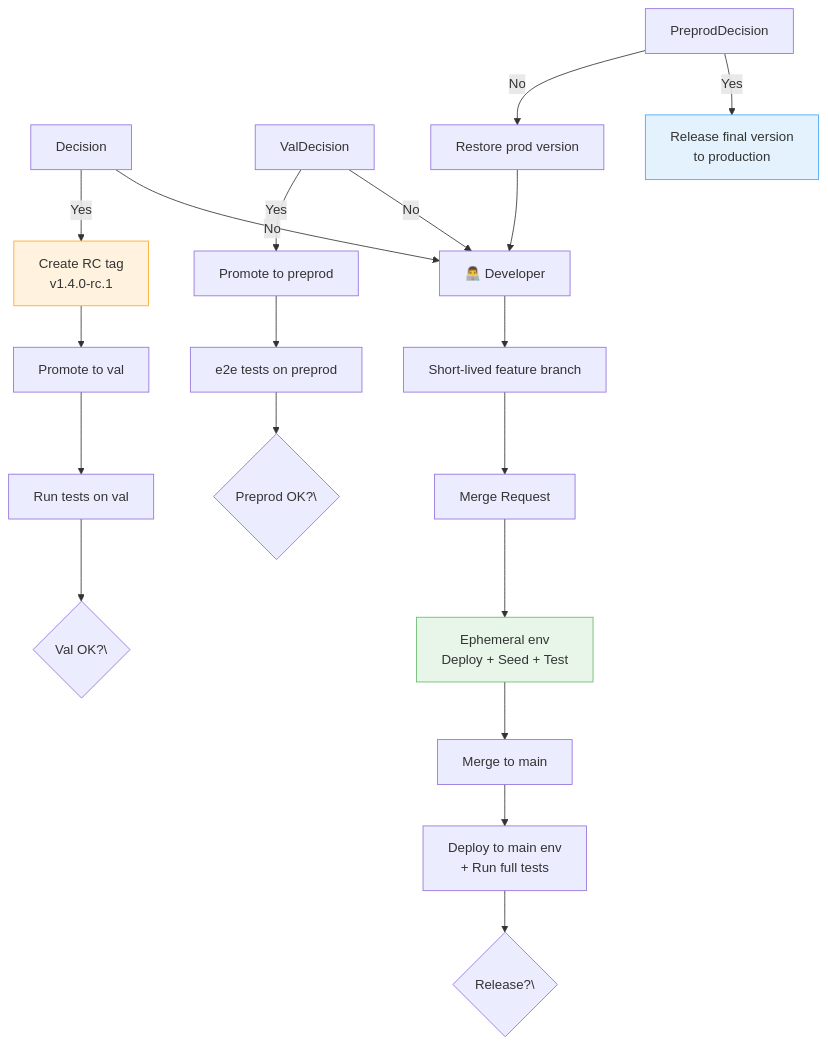
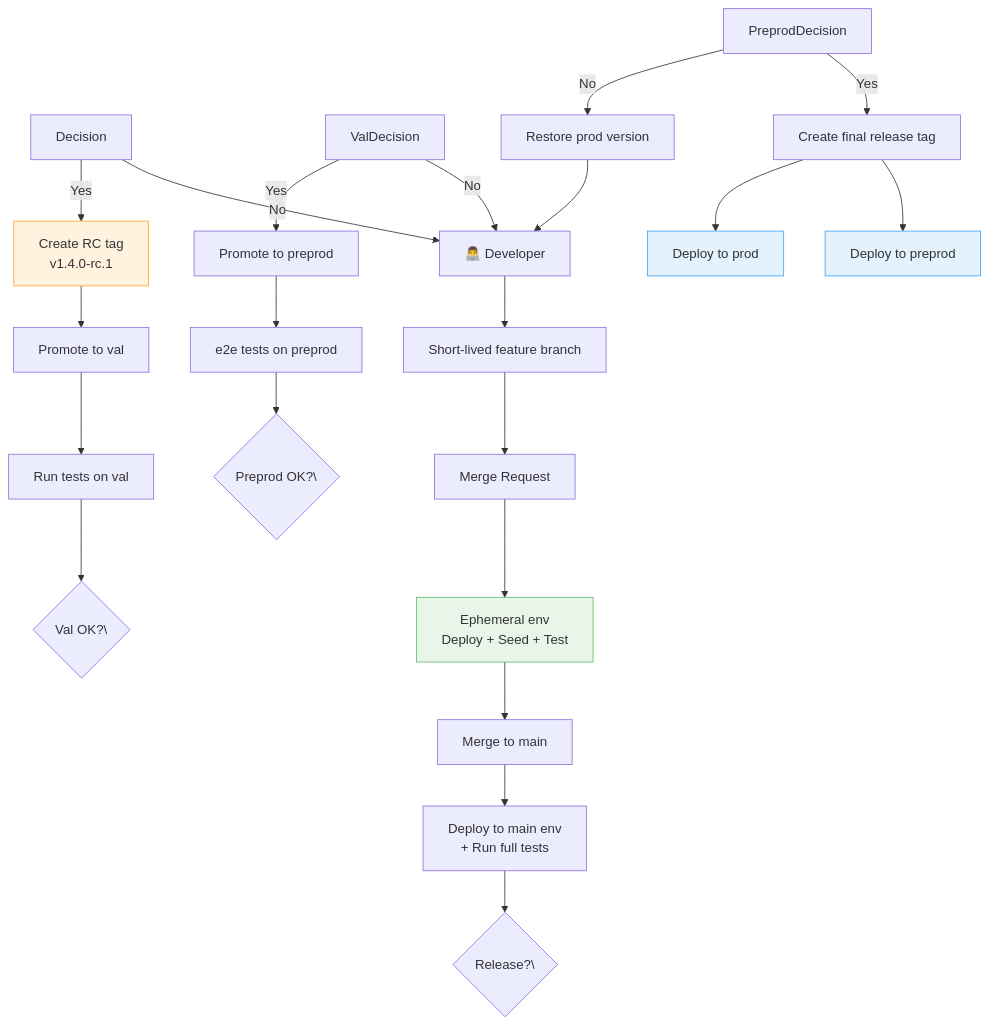
Before and after one commit to sunix/blog.sunix.org: the seventh of 8 diagrams in content/posts/2026-04-16-trunk-based-development-gitlab-gitops.md/index.md, drawn with Mermaid.

Commit message:
feat: show final release deployed to both preprod and prod (side by side) in Full Picture flowchart
Agent-Logs-Url: https://github.com/sunix/blog.sunix.org/sessions/490aea65-1618-4aa0-be6c-c94ce0bc002e

````diff
--- a/content/posts/2026-04-16-trunk-based-development-gitlab-gitops.md/index.md
+++ b/content/posts/2026-04-16-trunk-based-development-gitlab-gitops.md/index.md
@@ -297,25 +297,28 @@
 ```mermaid
 flowchart TD
     Dev[👨‍💻 Developer] --> Branch[Short-lived feature branch]
     Branch --> MR[Merge Request]
     MR --> EphEnv[Ephemeral env\nDeploy + Seed + Test]
     EphEnv --> Merge[Merge to main]
     Merge --> Deploy[Deploy to main env\n+ Run full tests]
     Deploy --> Decision\{Release?\}
     Decision -- No --> Dev
     Decision -- Yes --> RC[Create RC tag\nv1.4.0-rc.1]
     RC --> Val[Promote to val]
     Val --> ValTests[Run tests on val]
     ValTests --> ValDecision\{Val OK?\}
     ValDecision -- No --> Dev
     ValDecision -- Yes --> Preprod[Promote to preprod]
     Preprod --> PreprodTests[e2e tests on preprod]
     PreprodTests --> PreprodDecision\{Preprod OK?\}
-    PreprodDecision -- Yes --> Prod[Release final version\nto production]
+    PreprodDecision -- Yes --> FinalRelease[Create final release tag]
     PreprodDecision -- No --> Restore[Restore prod version]
     Restore --> Dev
+    FinalRelease --> DeployPreprod[Deploy to preprod]
+    FinalRelease --> DeployProd[Deploy to prod]
 
     style EphEnv fill:#e8f5e9,stroke:#66bb6a
     style RC fill:#fff3e0,stroke:#ffa726
-    style Prod fill:#e3f2fd,stroke:#42a5f5
+    style DeployPreprod fill:#e3f2fd,stroke:#42a5f5
+    style DeployProd fill:#e3f2fd,stroke:#42a5f5
 ```
````
